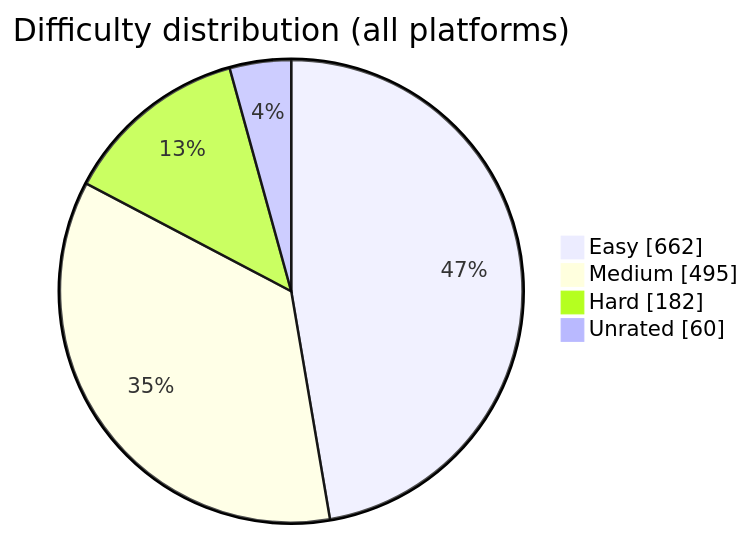
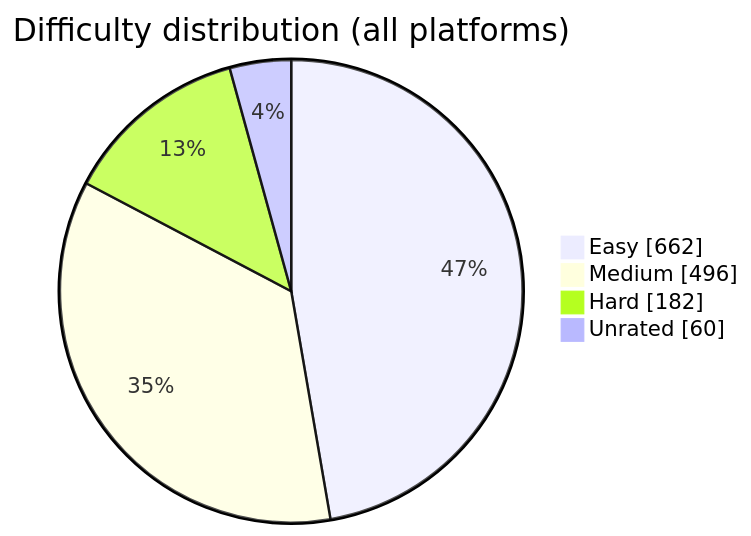
Before and after one commit to BuildbyArindam/Daily-Coding-Log: the diagram in README.md, drawn with Mermaid. The commit also changed other lines of this file, not shown here.

````diff
--- a/README.md
+++ b/README.md
@@ -93,7 +93,7 @@
 ```mermaid
 pie showData title Difficulty distribution (all platforms)
     "Easy" : 662
-    "Medium" : 495
+    "Medium" : 496
     "Hard" : 182
     "Unrated" : 60
 ```
````
